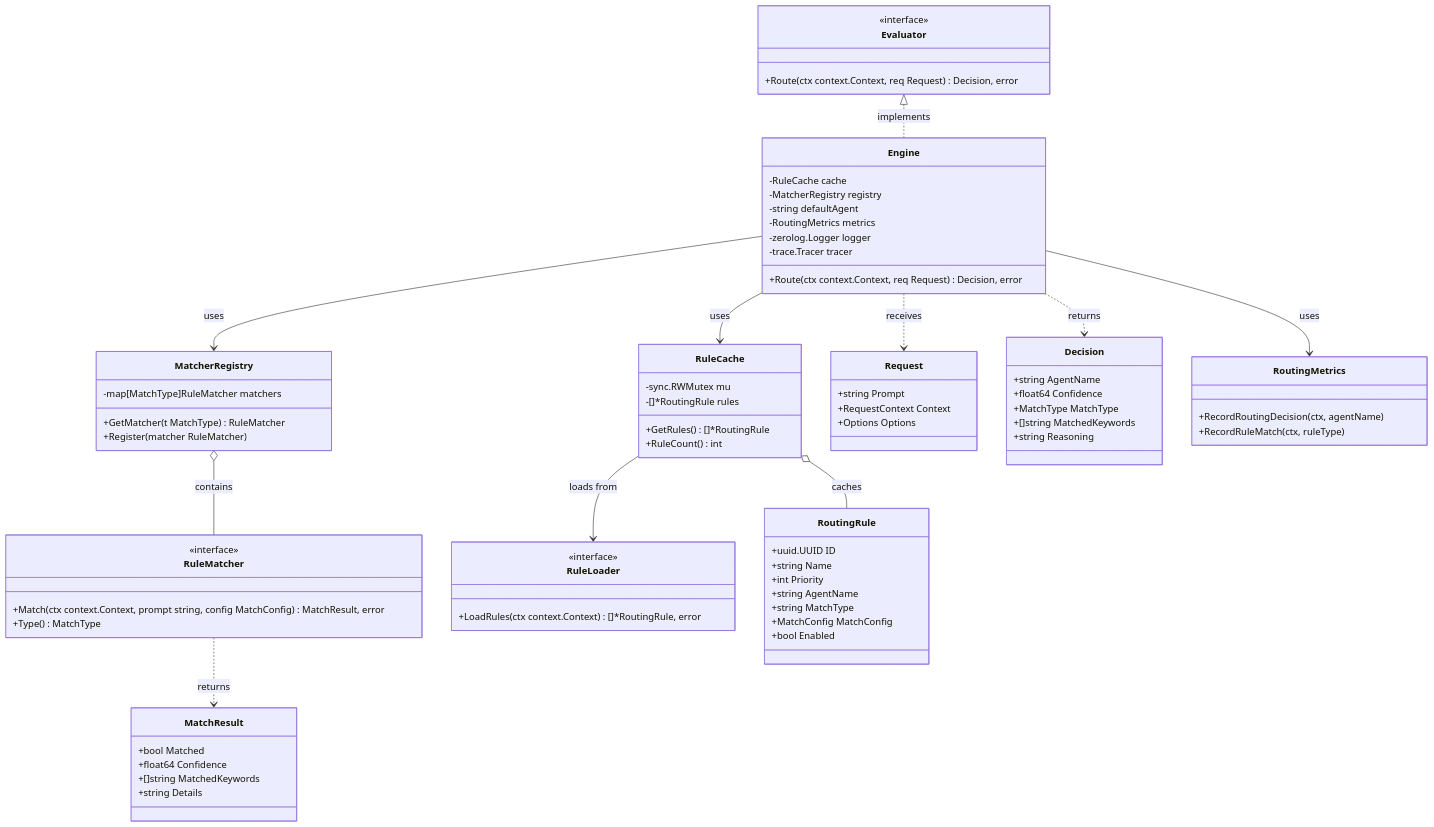
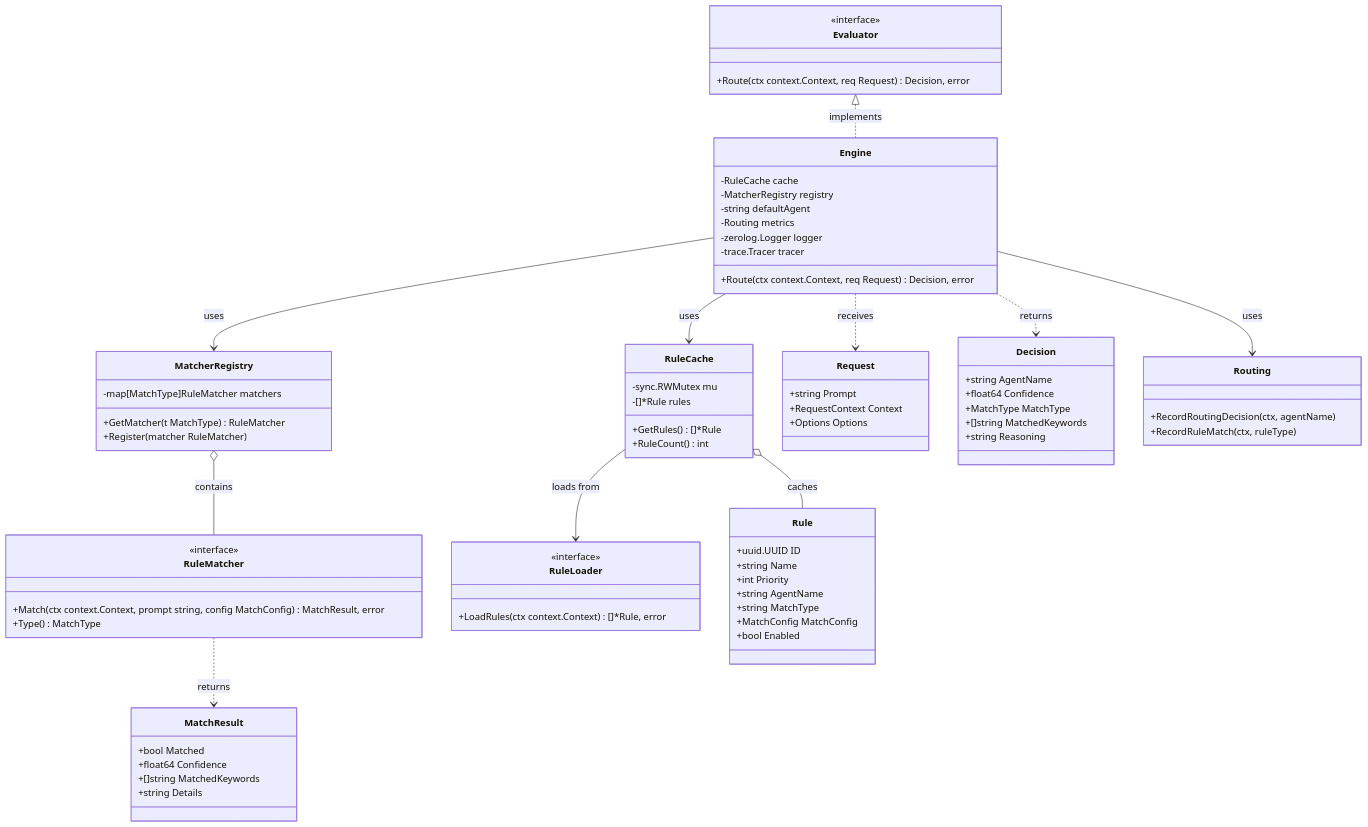
One commit to twistingmercury/mnemonic-mcp changed the fifth of 19 diagrams in docs/design/routing-engine.md. Above: the diagram before and after it, drawn with Mermaid. The commit also changed other lines of this file and 33 other files, not shown here.

````diff
--- a/docs/design/routing-engine.md
+++ b/docs/design/routing-engine.md
@@ -304,7 +304,7 @@
         -RuleCache cache
         -MatcherRegistry registry
         -string defaultAgent
-        -RoutingMetrics metrics
+        -Routing metrics
         -zerolog.Logger logger
         -trace.Tracer tracer
         +Route(ctx context.Context, req Request) Decision, error
@@ -312,8 +312,8 @@
 
     class RuleCache {
         -sync.RWMutex mu
-        -[]*RoutingRule rules
-        +GetRules() []*RoutingRule
+        -[]*Rule rules
+        +GetRules() []*Rule
         +RuleCount() int
     }
 
@@ -331,7 +331,7 @@
 
     class RuleLoader {
         <<interface>>
-        +LoadRules(ctx context.Context) []*RoutingRule, error
+        +LoadRules(ctx context.Context) []*Rule, error
     }
 
     class Request {
@@ -348,7 +348,7 @@
         +string Reasoning
     }
 
-    class RoutingRule {
+    class Rule {
         +uuid.UUID ID
         +string Name
         +int Priority
@@ -365,7 +365,7 @@
         +string Details
     }
 
-    class RoutingMetrics {
+    class Routing {
         +RecordRoutingDecision(ctx, agentName)
         +RecordRuleMatch(ctx, ruleType)
     }
@@ -373,11 +373,11 @@
     Evaluator <|.. Engine : implements
     Engine --> RuleCache : uses
     Engine --> MatcherRegistry : uses
-    Engine --> RoutingMetrics : uses
+    Engine --> Routing : uses
     Engine ..> Request : receives
     Engine ..> Decision : returns
     RuleCache --> RuleLoader : loads from
-    RuleCache o-- RoutingRule : caches
+    RuleCache o-- Rule : caches
     MatcherRegistry o-- RuleMatcher : contains
     RuleMatcher ..> MatchResult : returns
 ```
````
